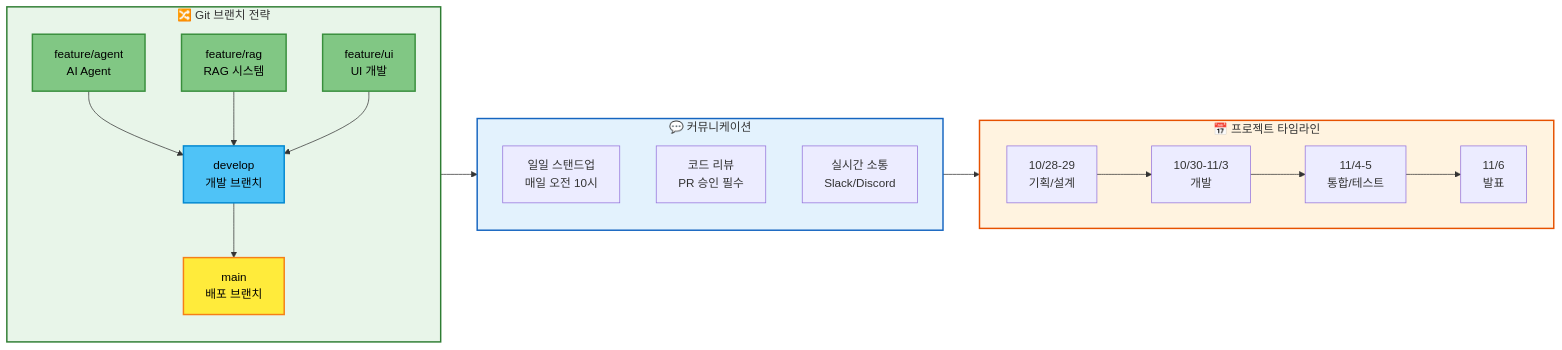
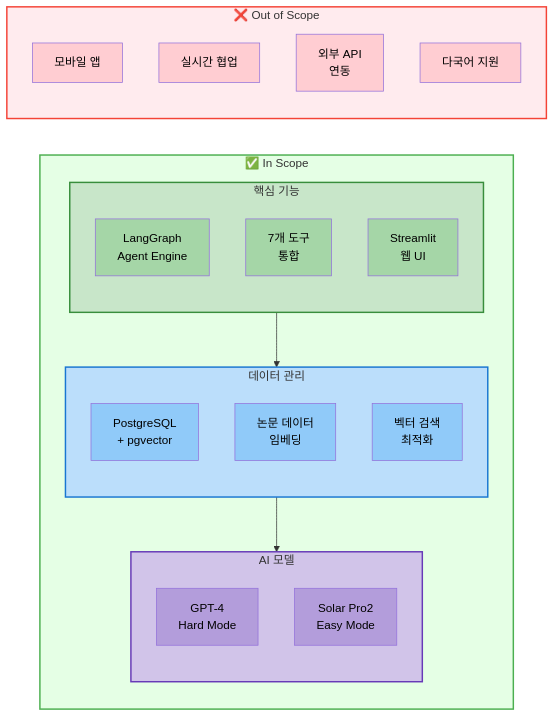
One commit to AIBootcamp14/langchainproject-new-langchainproject_5 changed the third of 4 diagrams in docs/PPT/new/01_프로젝트_개요.md. Above: the diagram before and after it, drawn with Mermaid. The commit also changed other lines of this file, not shown here.

First line of the commit message:
docs: PPT 프로젝트 개요 슬라이드 개선

````diff
--- a/docs/PPT/new/01_프로젝트_개요.md
+++ b/docs/PPT/new/01_프로젝트_개요.md
@@ -250,49 +232,55 @@
 ```mermaid
 graph LR
-    subgraph GitFlow["🔀 Git 브랜치 전략"]
-        direction TB
-        M[main<br/>배포 브랜치]
-        D[develop<br/>개발 브랜치]
-        F1[feature/agent<br/>AI Agent]
-        F2[feature/rag<br/>RAG 시스템]
-        F3[feature/ui<br/>UI 개발]
+    subgraph InScope["✅ In Scope"]
+        subgraph Core["핵심 기능"]
+            direction TB
+            C1[LangGraph<br/>Agent Engine]
+            C2[7개 도구<br/>통합]
+            C3[Streamlit<br/>웹 UI]
+        end
 
-        F1 --> D
-        F2 --> D
-        F3 --> D
-        D --> M
+        subgraph Data["데이터 관리"]
+            direction TB
+            D1[PostgreSQL<br/>+ pgvector]
+            D2[논문 데이터<br/>임베딩]
+            D3[벡터 검색<br/>최적화]
+        end
+
+        subgraph Models["AI 모델"]
+            direction TB
+            M1[GPT-4<br/>Hard Mode]
+            M2[Solar Pro2<br/>Easy Mode]
+        end
     end
 
-    subgraph Communication["💬 커뮤니케이션"]
+    subgraph OutScope["❌ Out of Scope"]
         direction TB
-        C1[일일 스탠드업<br/>매일 오전 10시]
-        C2[코드 리뷰<br/>PR 승인 필수]
-        C3[실시간 소통<br/>Slack/Discord]
+        O1[모바일 앱]
+        O2[실시간 협업]
+        O3[외부 API<br/>연동]
+        O4[다국어 지원]
     end
 
-    subgraph Timeline["📅 프로젝트 타임라인"]
-        direction LR
-        T1[10/28-29<br/>기획/설계]
-        T2[10/30-11/3<br/>개발]
-        T3[11/4-5<br/>통합/테스트]
-        T4[11/6<br/>발표]
-
-        T1 --> T2
-        T2 --> T3
-        T3 --> T4
-    end
-
-    GitFlow --> Communication
-    Communication --> Timeline
+    Core --> Data
+    Data --> Models
 
     %% 스타일링
-    style GitFlow fill:#e8f5e9,stroke:#2e7d32,stroke-width:2px
-    style Communication fill:#e3f2fd,stroke:#1565c0,stroke-width:2px
-    style Timeline fill:#fff3e0,stroke:#e65100,stroke-width:2px
+    style InScope fill:#E5FFE5,stroke:#4CAF50,stroke-width:2px
+    style Core fill:#C8E6C9,stroke:#388E3C,stroke-width:2px
+    style Data fill:#BBDEFB,stroke:#1976D2,stroke-width:2px
+    style Models fill:#D1C4E9,stroke:#673AB7,stroke-width:2px
+    style OutScope fill:#FFEBEE,stroke:#F44336,stroke-width:2px
 
-    style M fill:#ffeb3b,stroke:#f57f17,stroke-width:2px,color:#000
-    style D fill:#4fc3f7,stroke:#0288d1,stroke-width:2px,color:#000
-    style F1 fill:#81c784,stroke:#388e3c,stroke-width:2px,color:#000
-    style F2 fill:#81c784,stroke:#388e3c,stroke-width:2px,color:#000
-    style F3 fill:#81c784,stroke:#388e3c,stroke-width:2px,color:#000
+    style C1 fill:#A5D6A7,color:#000
+    style C2 fill:#A5D6A7,color:#000
+    style C3 fill:#A5D6A7,color:#000
+    style D1 fill:#90CAF9,color:#000
+    style D2 fill:#90CAF9,color:#000
+    style D3 fill:#90CAF9,color:#000
+    style M1 fill:#B39DDB,color:#000
+    style M2 fill:#B39DDB,color:#000
+    style O1 fill:#FFCDD2,color:#000
+    style O2 fill:#FFCDD2,color:#000
+    style O3 fill:#FFCDD2,color:#000
+    style O4 fill:#FFCDD2,color:#000
 ```
````
